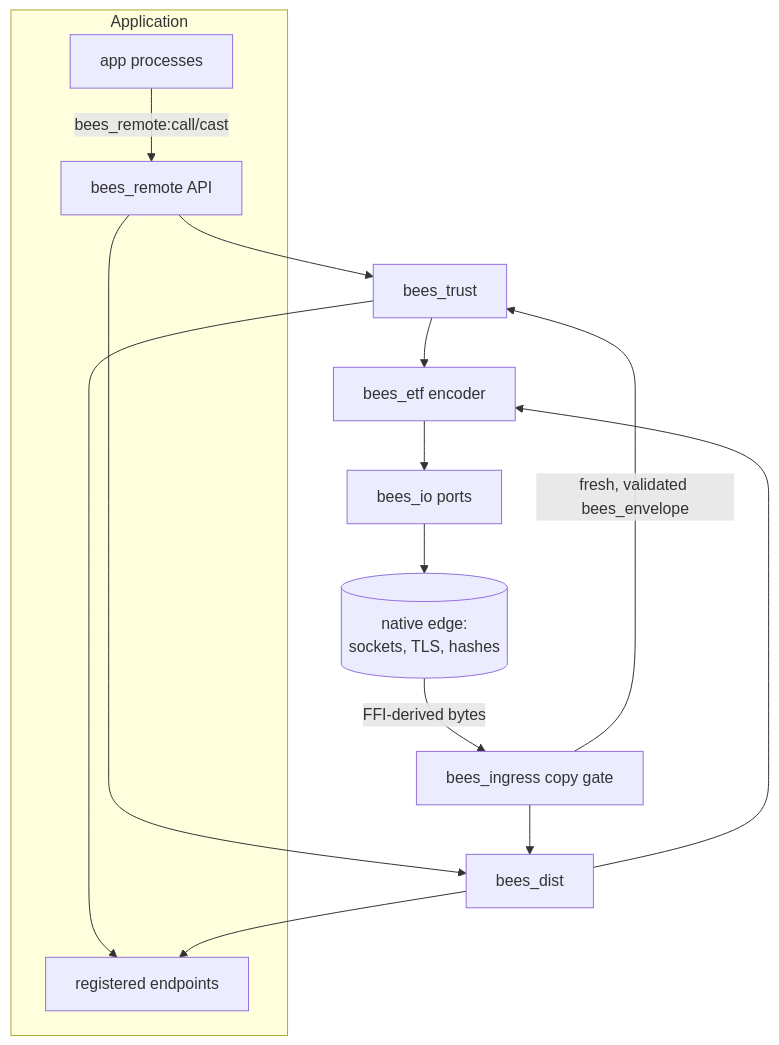
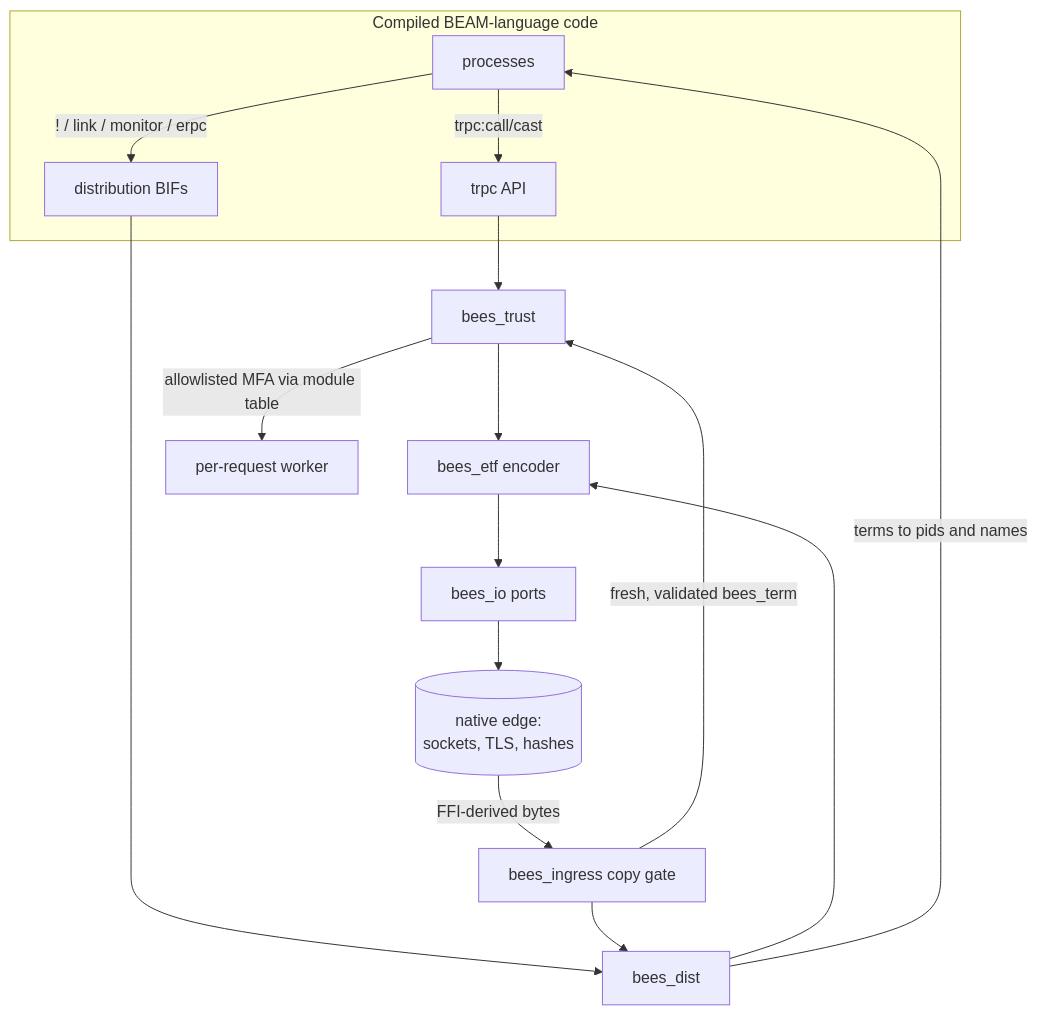
The first of 2 diagrams in development-plan/inter-nodal-modes.md (yenrab/project-bees), drawn with Mermaid before and after one commit. The commit also changed other lines of this file and 4 other files, not shown here.

````diff
--- a/development-plan/inter-nodal-modes.md
+++ b/development-plan/inter-nodal-modes.md
@@ -26,18 +35,18 @@
 ```mermaid
 graph TD
-  subgraph Application
-    APP[app processes] -->|bees_remote:call/cast| API
-    EP[registered endpoints]
+  subgraph "Compiled BEAM-language code"
+    APP[processes] -->|trpc:call/cast| TRPC[trpc API]
+    APP -->|"! / link / monitor / erpc"| DBIF[distribution BIFs]
   end
-  API[bees_remote API] --> TR[bees_trust]
-  API --> DI[bees_dist]
+  TRPC --> TR[bees_trust]
+  DBIF --> DI[bees_dist]
   TR --> CODEC[bees_etf encoder]
   DI --> CODEC
   CODEC --> IO[bees_io ports]
   IO --> EDGE[(native edge:<br/>sockets, TLS, hashes)]
   EDGE -->|FFI-derived bytes| GATE[bees_ingress copy gate]
-  GATE -->|fresh, validated bees_envelope| TR
+  GATE -->|fresh, validated bees_term| TR
   GATE --> DI
-  TR --> EP
-  DI --> EP
+  TR -->|allowlisted MFA via module table| W[per-request worker]
+  DI -->|terms to pids and names| APP
 ```
````
